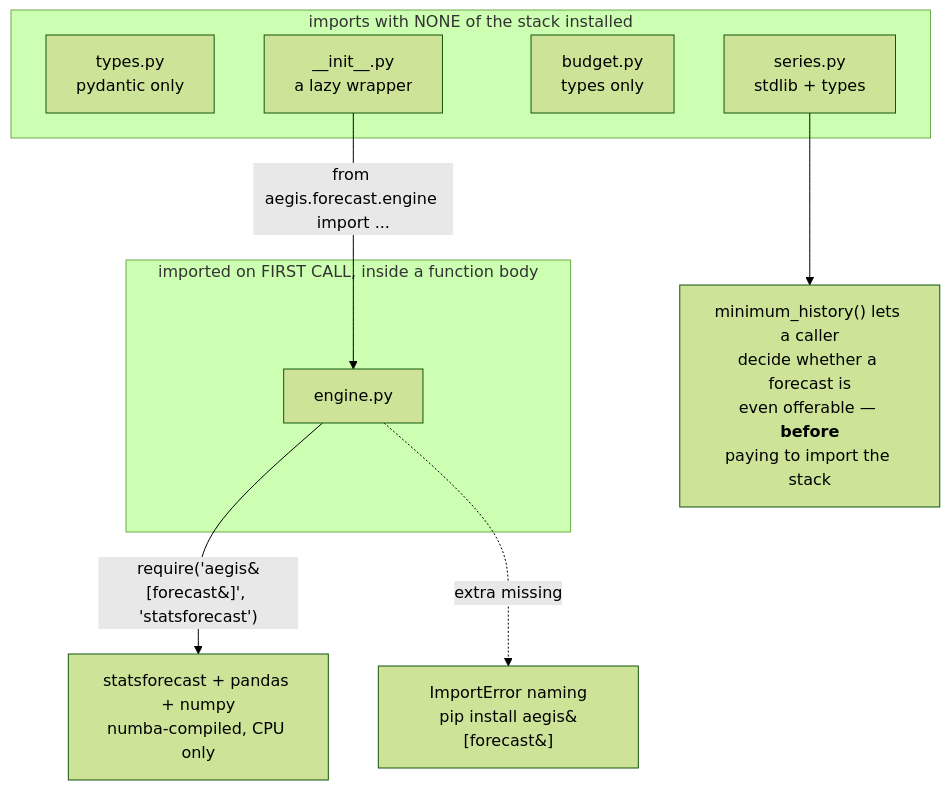
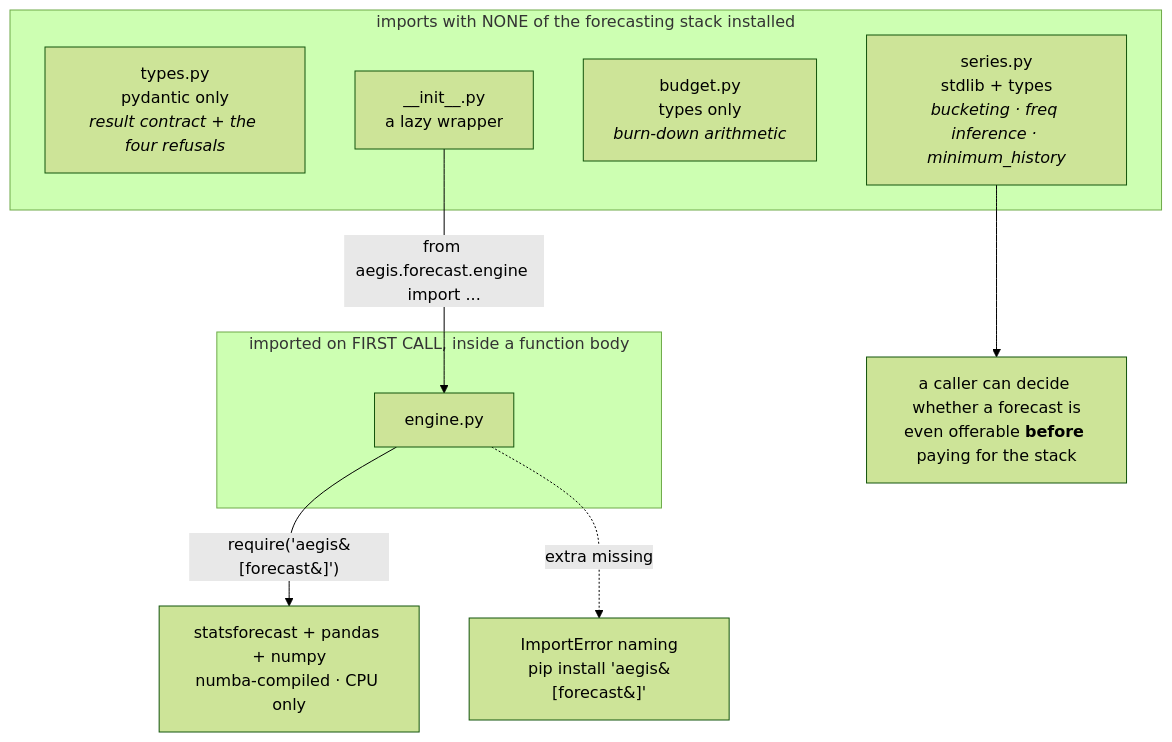
Before and after one commit to yrevash/aegis: the fifth of 5 diagrams in docs/teaching/forecast/40-diagrams.md, drawn with Mermaid (forest theme). The commit also changed other lines of this file and 111 other files, not shown here.

````diff
--- a/docs/teaching/forecast/40-diagrams.md
+++ b/docs/teaching/forecast/40-diagrams.md
@@ -288,20 +151,19 @@
 ```mermaid
 flowchart TB
-    subgraph LIGHT["imports with NONE of the stack installed"]
-        TY["types.py<br/>pydantic only"]
-        SE["series.py<br/>stdlib + types"]
-        BU["budget.py<br/>types only"]
+    subgraph LIGHT["imports with NONE of the forecasting stack installed"]
+        TY["types.py<br/>pydantic only<br/><i>result contract + the four refusals</i>"]
+        SE["series.py<br/>stdlib + types<br/><i>bucketing · freq inference · minimum_history</i>"]
+        BU["budget.py<br/>types only<br/><i>burn-down arithmetic</i>"]
         INIT["__init__.py<br/>a lazy wrapper"]
     end
 
     subgraph HEAVY["imported on FIRST CALL, inside a function body"]
         EN["engine.py"]
     end
 
     INIT -->|"from aegis.forecast.engine import ..."| EN
-    EN -->|"require('aegis&#91;forecast&#93;', 'statsforecast')"| SF["statsforecast + pandas + numpy<br/>numba-compiled, CPU only"]
+    EN -->|"require('aegis&#91;forecast&#93;')"| SF["statsforecast + pandas + numpy<br/>numba-compiled · CPU only"]
+    EN -.->|"extra missing"| ERR["ImportError naming<br/>pip install 'aegis&#91;forecast&#93;'"]
 
-    SE --> REFUSE["minimum_history() lets a caller<br/>decide whether a forecast is<br/>even offerable — <b>before</b><br/>paying to import the stack"]
-
-    EN -.->|"extra missing"| ERR["ImportError naming<br/>pip install aegis&#91;forecast&#93;"]
+    SE --> REFUSE["a caller can decide whether a forecast is<br/>even offerable <b>before</b> paying for the stack"]
 ```
````
